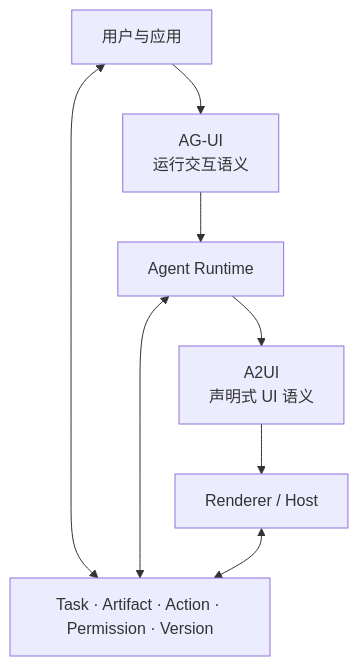
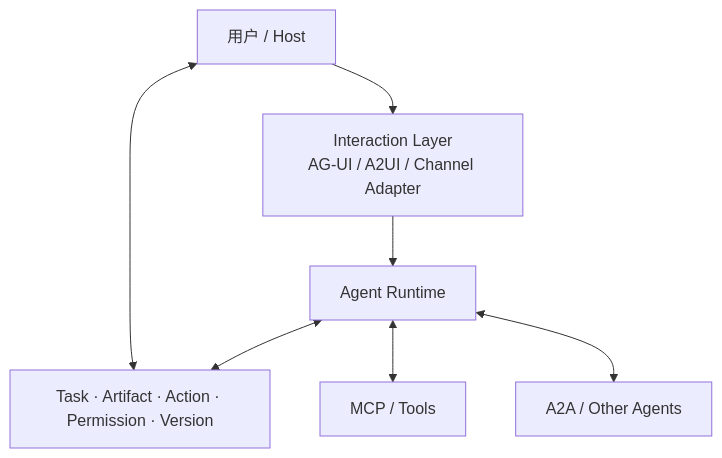
Diagram 18 of 18 in profiles/default/content/zh/notes/ag-ui-a2ui-agent-runtime-generative-ui-ai-native.mdx (Nunchakus888/dossierkit), drawn with Mermaid before and after one commit. The commit also changed other lines of this file, not shown here.

Commit message:
Update note: 从聊天框到 AI 原生交互：跨 Agent、跨平台的应用架构

```diff
--- a/profiles/default/content/zh/notes/ag-ui-a2ui-agent-runtime-generative-ui-ai-native.mdx
+++ b/profiles/default/content/zh/notes/ag-ui-a2ui-agent-runtime-generative-ui-ai-native.mdx
@@ -636,13 +1107,12 @@
 ~~~mermaid
 flowchart TB
-  A["用户与应用"]
-  A --> B["AG-UI\n运行交互语义"]
-  B --> C["Agent Runtime"]
+  A["用户 / Host"]
+  --> B["Interaction Layer\nAG-UI / A2UI / Channel Adapter"]
+  --> C["Agent Runtime"]
 
-  C --> D["A2UI\n声明式 UI 语义"]
-  D --> E["Renderer / Host"]
+  A <--> D["Task · Artifact · Action · Permission · Version"]
+  C <--> D
 
-  A <--> F["Task · Artifact · Action · Permission · Version"]
-  C <--> F
-  E <--> F
+  C <--> E["MCP / Tools"]
+  C <--> F["A2A / Other Agents"]
 ~~~
```
